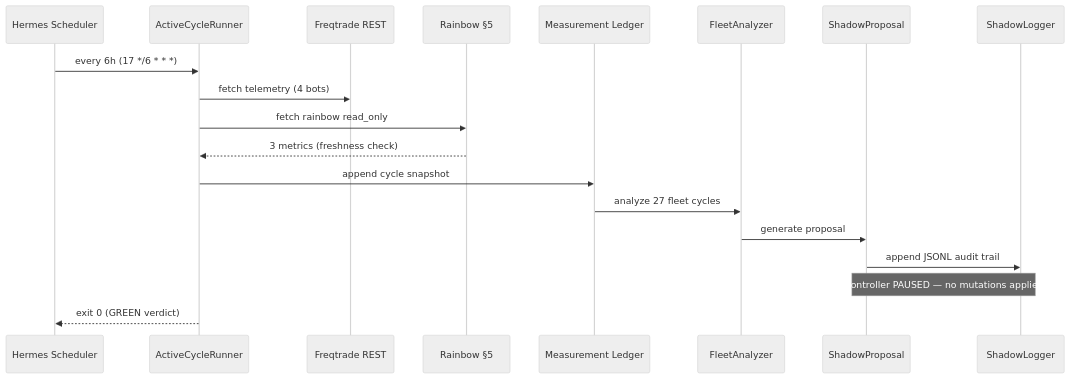
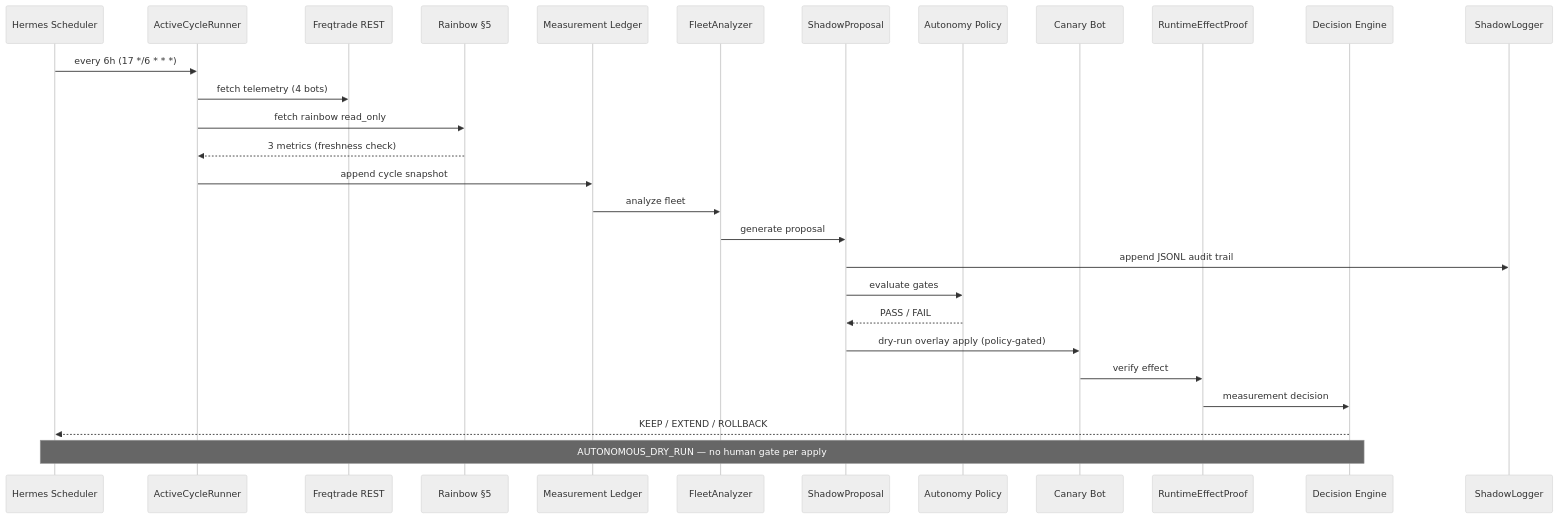
One commit to GoLukeEnviro/trading-hub changed the third of 4 diagrams in docs/ARCHITECTURE.md. Above: the diagram before and after it, drawn with Mermaid (neutral theme). The commit also changed other lines of this file and 4 other files, not shown here.

Commit message:
docs(si-v2): align critical autonomy and rollback state

````diff
--- a/docs/ARCHITECTURE.md
+++ b/docs/ARCHITECTURE.md
@@ -101,22 +115,31 @@
 ```mermaid
 sequenceDiagram
     participant Cron as Hermes Scheduler
     participant ACR as ActiveCycleRunner
     participant FT as Freqtrade REST
     participant RB as Rainbow §5
     participant ML as Measurement Ledger
     participant FA as FleetAnalyzer
     participant SP as ShadowProposal
+    participant Policy as Autonomy Policy
+    participant Canary as Canary Bot
+    participant Proof as RuntimeEffectProof
+    participant DEC as Decision Engine
     participant LOG as ShadowLogger
 
     Cron->>ACR: every 6h (17 */6 * * *)
     ACR->>FT: fetch telemetry (4 bots)
     ACR->>RB: fetch rainbow read_only
     RB-->>ACR: 3 metrics (freshness check)
     ACR->>ML: append cycle snapshot
-    ML->>FA: analyze 27 fleet cycles
+    ML->>FA: analyze fleet
     FA->>SP: generate proposal
     SP->>LOG: append JSONL audit trail
-    Note over SP,LOG: Controller PAUSED — no mutations applied
-    ACR-->>Cron: exit 0 (GREEN verdict)
+    SP->>Policy: evaluate gates
+    Policy-->>SP: PASS / FAIL
+    SP->>Canary: dry-run overlay apply (policy-gated)
+    Canary->>Proof: verify effect
+    Proof->>DEC: measurement decision
+    DEC-->>Cron: KEEP / EXTEND / ROLLBACK
+    Note over DEC,Cron: AUTONOMOUS_DRY_RUN — no human gate per apply
 ```
````
